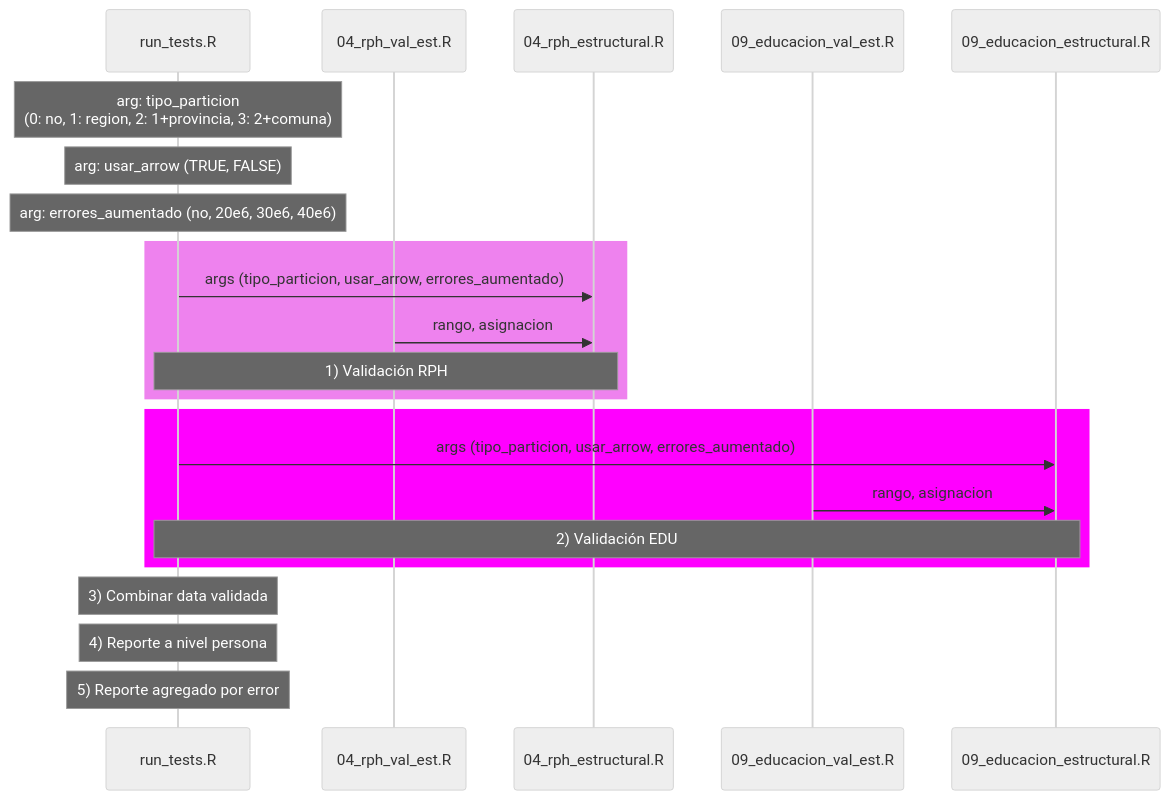
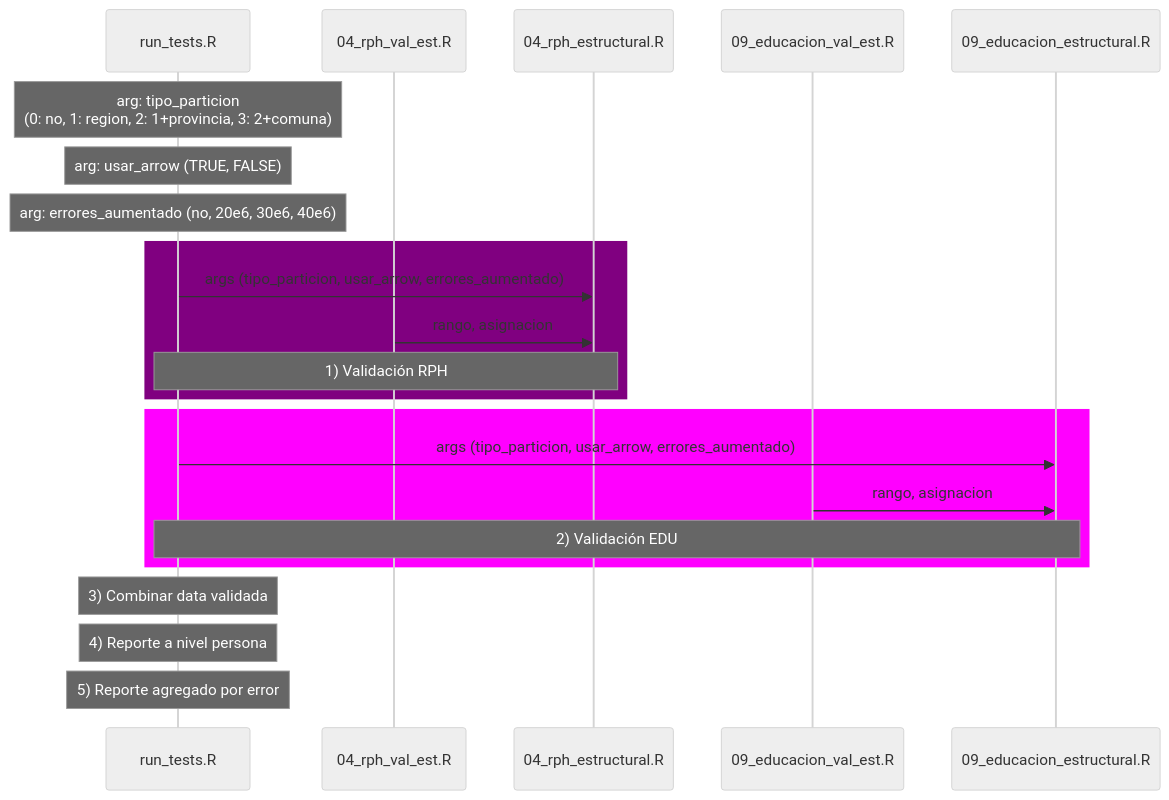
The diagram in README.md (mentoria-censo/eficiencia-censo-validacion), drawn with Mermaid (neutral theme) before and after one commit.

Commit message:
se actualizó README

````diff
--- a/README.md
+++ b/README.md
@@ -22,24 +22,24 @@
 ```mermaid
 sequenceDiagram
   participant run as run_tests.R
   participant rph_val as 04_rph_val_est.R  
   participant rph as 04_rph_estructural.R
   participant edu_val as 09_educacion_val_est.R  
   participant edu as 09_educacion_estructural.R
   Note over run: arg: tipo_particion <br> (0: no, 1: region, 2: 1+provincia, 3: 2+comuna) 
   Note over run: arg: usar_arrow (TRUE, FALSE)
   Note over run: arg: errores_aumentado (no, 20e6, 30e6, 40e6)
-  rect rgb(238,130,238)
+  rect rgb(128,0,128)
   run ->> rph: args (tipo_particion, usar_arrow, errores_aumentado)
   rph_val ->> rph: rango, asignacion
   Note over run,rph: 1) Validación RPH
   end
   rect rgb(255,0,255)
   run ->> edu: args (tipo_particion, usar_arrow, errores_aumentado)
   edu_val ->> edu: rango, asignacion
   Note over run,edu: 2) Validación EDU  
   end
   Note over run: 3) Combinar data validada
   Note over run: 4) Reporte a nivel persona
   Note over run: 5) Reporte agregado por error      
 ```
````
